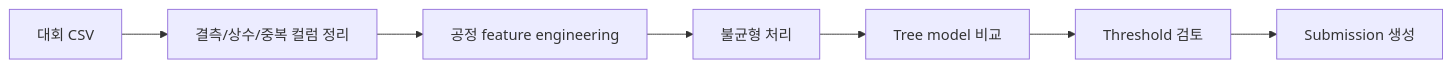
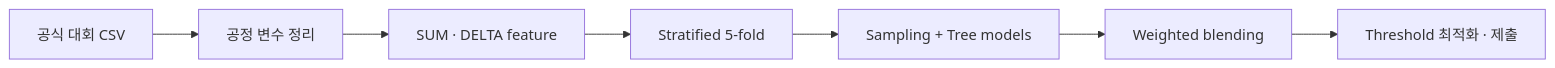
Before and after one commit to scnelMG/lg-aimers-5th-manufacturing-quality-prediction: the diagram in README.md, drawn with Mermaid. The commit also changed other lines of this file and 11 other files, not shown here.

````diff
--- a/README.md
+++ b/README.md
@@ -54,9 +44,9 @@
 ```mermaid
 flowchart LR
-    A["대회 CSV"] --> B["결측/상수/중복 컬럼 정리"]
-    B --> C["공정 feature engineering"]
-    C --> D["불균형 처리"]
-    D --> E["Tree model 비교"]
-    E --> F["Threshold 검토"]
-    F --> G["Submission 생성"]
+    A["공식 대회 CSV"] --> B["공정 변수 정리"]
+    B --> C["SUM · DELTA feature"]
+    C --> D["Stratified 5-fold"]
+    D --> E["Sampling + Tree models"]
+    E --> F["Weighted blending"]
+    F --> G["Threshold 최적화 · 제출"]
 ```
````
